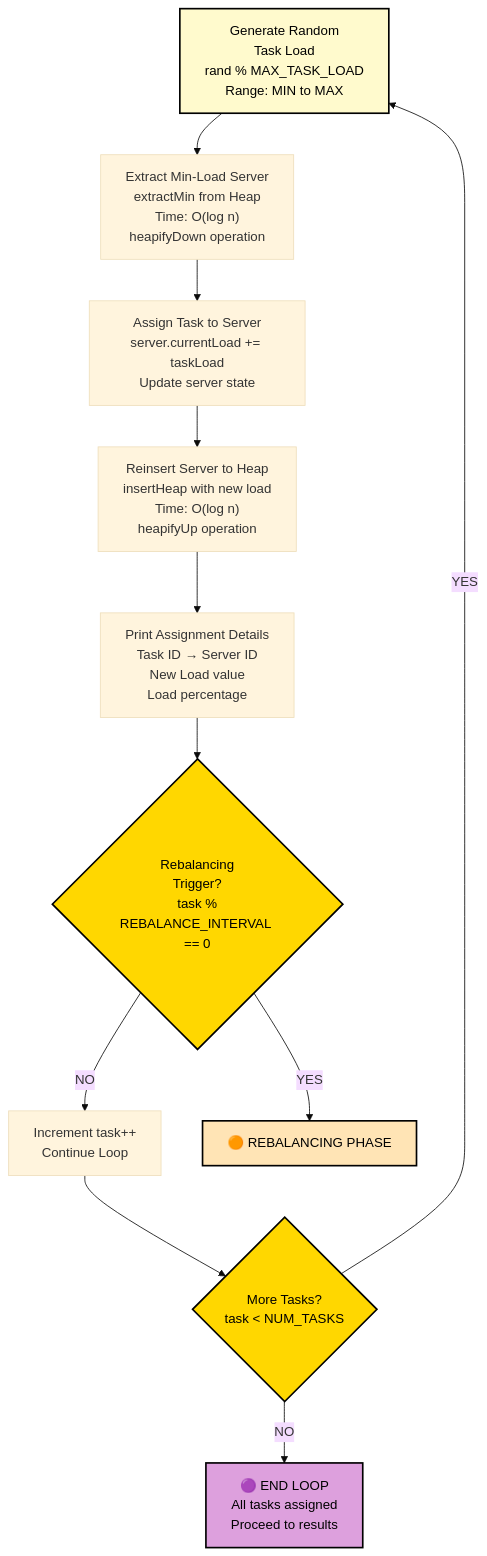
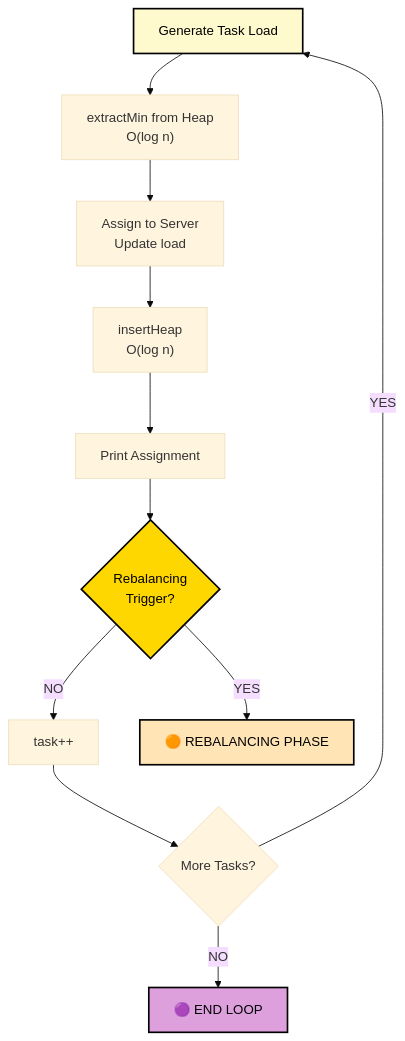
The second of 4 diagrams in README.md (PranavOaR/DynamicLoadBalancing), drawn with Mermaid (base theme) before and after one commit. The commit also changed other lines of this file, not shown here.

````diff
--- a/README.md
+++ b/README.md
@@ -46,21 +121,20 @@
 ```mermaid
 flowchart TD
-    J["Generate Random<br/>Task Load<br/>rand % MAX_TASK_LOAD<br/>Range: MIN to MAX"] --> K["Extract Min-Load Server<br/>extractMin from Heap<br/>Time: O(log n)<br/>heapifyDown operation"]
-    K --> L["Assign Task to Server<br/>server.currentLoad += taskLoad<br/>Update server state"]
-    L --> M["Reinsert Server to Heap<br/>insertHeap with new load<br/>Time: O(log n)<br/>heapifyUp operation"]
-    M --> N["Print Assignment Details<br/>Task ID → Server ID<br/>New Load value<br/>Load percentage"]
-    N --> O{Rebalancing<br/>Trigger?<br/>task %<br/>REBALANCE_INTERVAL == 0}
+    J["Generate Task Load"] --> K["extractMin from Heap<br/>O(log n)"]
+    K --> L["Assign to Server<br/>Update load"]
+    L --> M["insertHeap<br/>O(log n)"]
+    M --> N["Print Assignment"]
+    N --> O{Rebalancing<br/>Trigger?}
     
-    O -->|NO| P["Increment task++<br/>Continue Loop"]
+    O -->|NO| P["task++"]
     O -->|YES| Q["🟠 REBALANCING PHASE"]
     
-    P --> R{More Tasks?<br/>task < NUM_TASKS}
+    P --> R{More Tasks?}
     R -->|YES| J
-    R -->|NO| S["🟣 END LOOP<br/>All tasks assigned<br/>Proceed to results"]
+    R -->|NO| S["🟣 END LOOP"]
     
     style J fill:#FFFACD,stroke:#000,stroke-width:2px,color:#000
     style O fill:#FFD700,stroke:#000,stroke-width:2px,color:#000
     style Q fill:#FFE4B5,stroke:#000,stroke-width:2px,color:#000
-    style R fill:#FFD700,stroke:#000,stroke-width:2px,color:#000
     style S fill:#DDA0DD,stroke:#000,stroke-width:2px,color:#000
 ```
````
